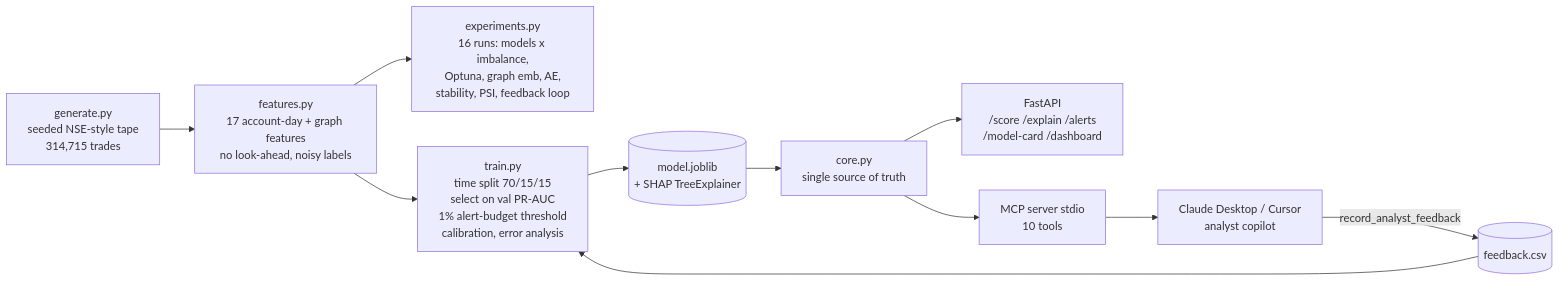
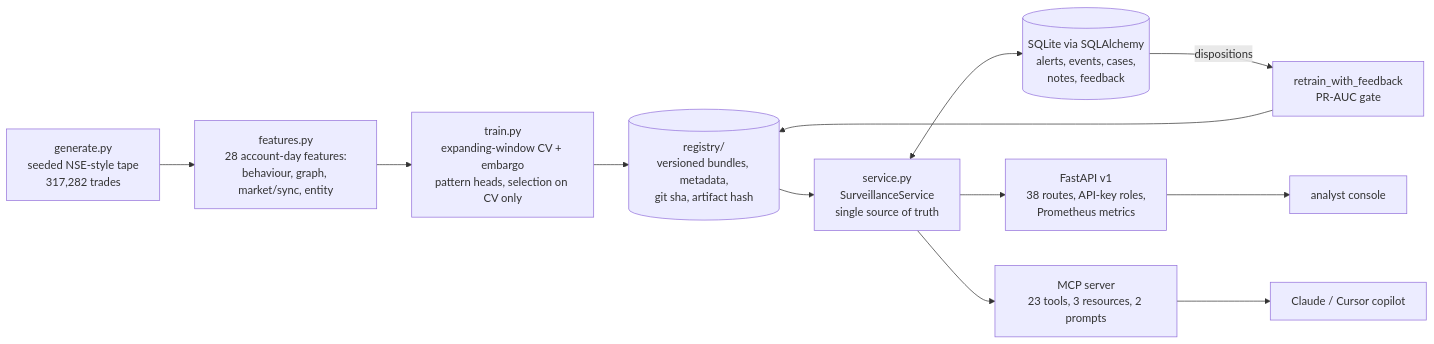
Before and after one commit to chaitu0608/nigrani: the diagram in README.md, drawn with Mermaid. The commit also changed other lines of this file and 1 other file, not shown here.

Commit message:
README: CV/test before-after, ablations, API + MCP reference, quality, limitations

````diff
--- a/README.md
+++ b/README.md
@@ -11,12 +10,13 @@
 ```mermaid
 flowchart LR
-  G[generate.py<br/>seeded NSE-style tape<br/>314,715 trades] --> F[features.py<br/>17 account-day + graph features<br/>no look-ahead, noisy labels]
-  F --> E[experiments.py<br/>16 runs: models x imbalance,<br/>Optuna, graph emb, AE,<br/>stability, PSI, feedback loop]
-  F --> T[train.py<br/>time split 70/15/15<br/>select on val PR-AUC<br/>1% alert-budget threshold<br/>calibration, error analysis]
-  T --> M[(model.joblib<br/>+ SHAP TreeExplainer)]
-  M --> C[core.py<br/>single source of truth]
-  C --> A[FastAPI<br/>/score /explain /alerts<br/>/model-card /dashboard]
-  C --> P[MCP server stdio<br/>10 tools]
-  P --> L[Claude Desktop / Cursor<br/>analyst copilot]
-  L -- record_analyst_feedback --> FB[(feedback.csv)] --> T
+  G[generate.py<br/>seeded NSE-style tape<br/>317,282 trades] --> F[features.py<br/>28 account-day features:<br/>behaviour, graph, market/sync, entity]
+  F --> T[train.py<br/>expanding-window CV + embargo<br/>pattern heads, selection on CV only]
+  T --> R[(registry/<br/>versioned bundles, metadata,<br/>git sha, artifact hash)]
+  R --> S[service.py<br/>SurveillanceService<br/>single source of truth]
+  S <--> DB[(SQLite via SQLAlchemy<br/>alerts, events, cases,<br/>notes, feedback)]
+  S --> A[FastAPI v1<br/>38 routes, API-key roles,<br/>Prometheus metrics]
+  S --> P[MCP server<br/>23 tools, 3 resources, 2 prompts]
+  A --> UI[analyst console]
+  P --> L[Claude / Cursor copilot]
+  DB -- dispositions --> RT[retrain_with_feedback<br/>PR-AUC gate] --> R
 ```
````
